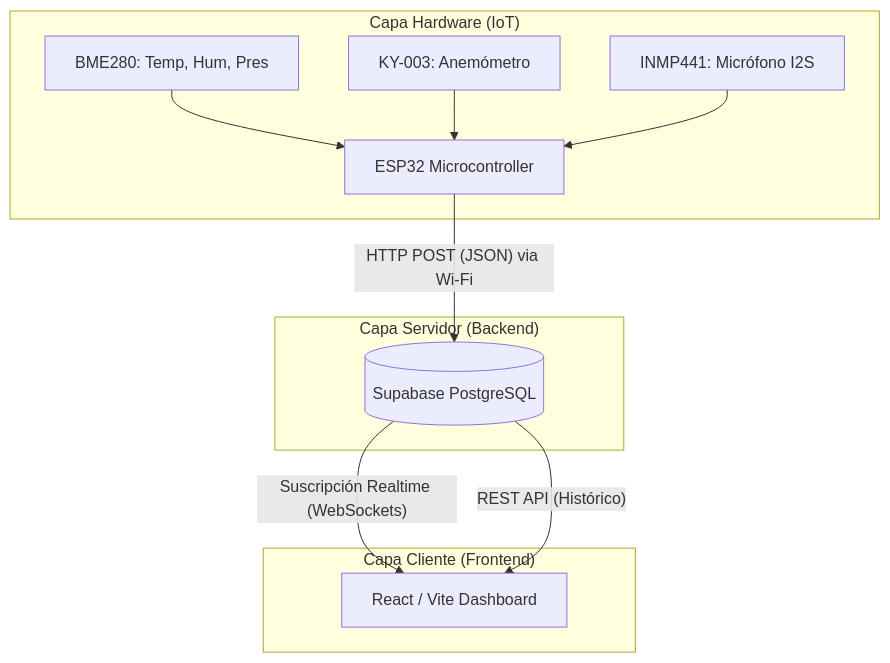
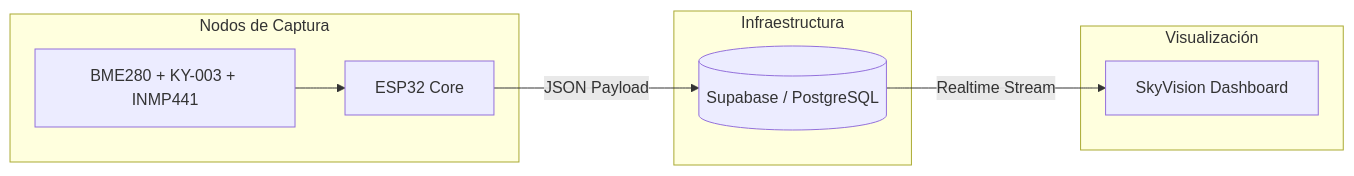
Before and after one commit to angelgit3/estacion_clima_proyecto: the diagram in README.md, drawn with Mermaid. The commit also changed other lines of this file, not shown here.

Commit message:
docs: actualizar README con la marca SkyVision Pro

````diff
--- a/README.md
+++ b/README.md
@@ -14,20 +18,17 @@
 ```mermaid
-graph TD;
-    subgraph Hardware ["Capa Hardware (IoT)"]
-    ESP32[ESP32 Microcontroller]
-    BME280[BME280: Temp, Hum, Pres] --> ESP32
-    KY003[KY-003: Anemómetro] --> ESP32
-    INMP441[INMP441: Micrófono I2S] --> ESP32
+graph LR;
+    subgraph IoT ["Nodos de Captura"]
+    ESP32[ESP32 Core]
+    SENSORS[BME280 + KY-003 + INMP441] --> ESP32
     end
 
-    subgraph Backend ["Capa Servidor (Backend)"]
-    Supabase[(Supabase PostgreSQL)]
-    ESP32 -- "HTTP POST (JSON) via Wi-Fi" --> Supabase
+    subgraph Cloud ["Infraestructura"]
+    DB[(Supabase / PostgreSQL)]
+    ESP32 -- "JSON Payload" --> DB
     end
 
-    subgraph Frontend ["Capa Cliente (Frontend)"]
-    React[React / Vite Dashboard]
-    Supabase -- "Suscripción Realtime (WebSockets)" --> React
-    Supabase -- "REST API (Histórico)" --> React
+    subgraph Client ["Visualización"]
+    App[SkyVision Dashboard]
+    DB -- "Realtime Stream" --> App
     end
 ```
````
